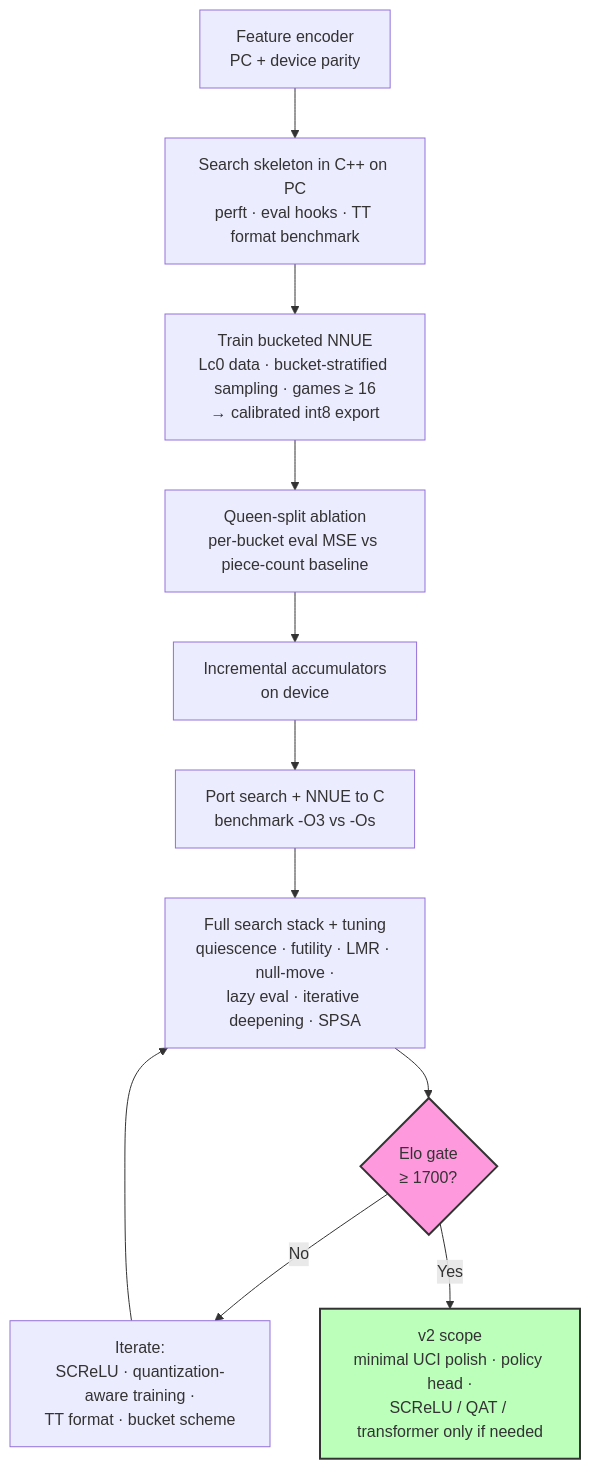
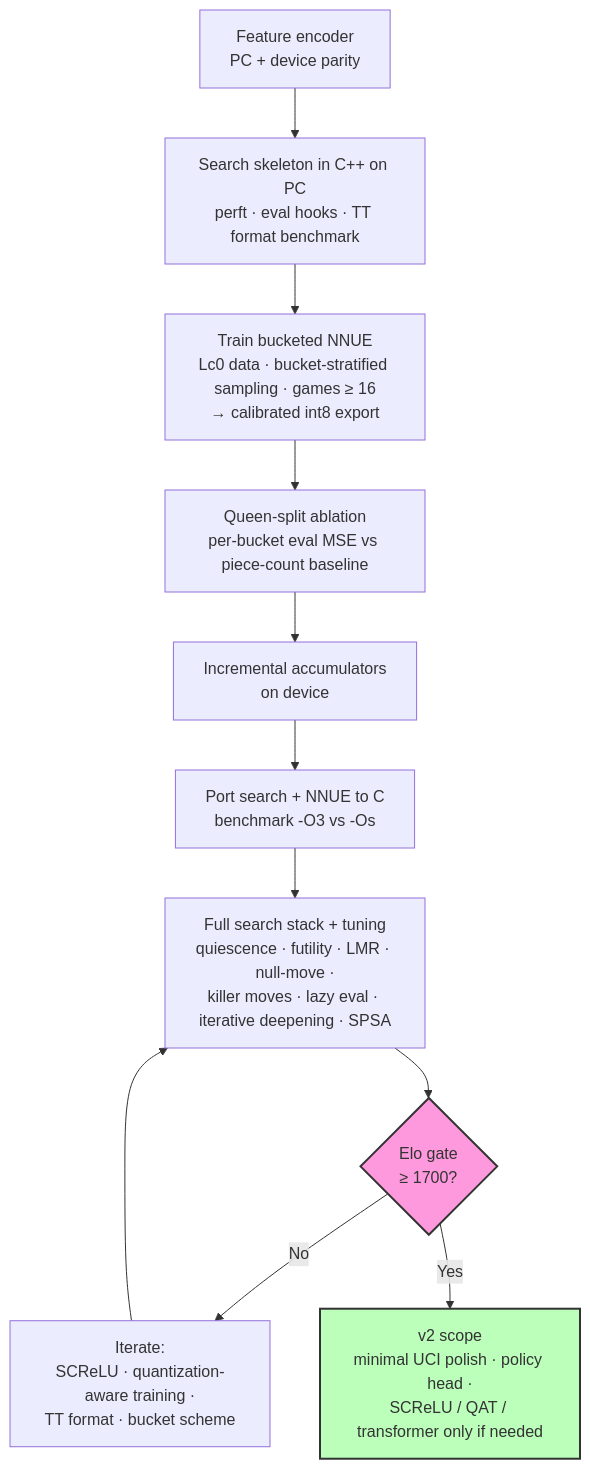
The first of 3 diagrams in NOTES/SARDINE Engine Blueprint.md (Omega97/TinyML_Internship), drawn with Mermaid before and after one commit. The commit also changed other lines of this file and 6 other files, not shown here.

````diff
--- a/NOTES/SARDINE Engine Blueprint.md
+++ b/NOTES/SARDINE Engine Blueprint.md
@@ -47,16 +31,15 @@
 ```mermaid
 flowchart TD
     A["Feature encoder<br/>PC + device parity"] --> B["Search skeleton in C++ on PC<br/>perft · eval hooks · TT format benchmark"]
     B --> C["Train bucketed NNUE<br/>Lc0 data · bucket-stratified sampling · games ≥ 16<br/>→ calibrated int8 export"]
     C --> D["Queen-split ablation<br/>per-bucket eval MSE vs piece-count baseline"]
     D --> E["Incremental accumulators<br/>on device"]
     E --> F["Port search + NNUE to C<br/>benchmark -O3 vs -Os"]
-    F --> G["Full search stack + tuning<br/>quiescence · futility · LMR · null-move ·<br/>lazy eval · iterative deepening · SPSA"]
+    F --> G["Full search stack + tuning<br/>quiescence · futility · LMR · null-move ·<br/>killer moves · lazy eval · iterative deepening · SPSA"]
     G --> H{"Elo gate<br/>≥ 1700?"}
     H -- "No" --> I["Iterate:<br/>SCReLU · quantization-aware training ·<br/>TT format · bucket scheme"]
     I --> G
     H -- "Yes" --> J["v2 scope<br/>minimal UCI polish · policy head ·<br/>SCReLU / QAT / transformer only if needed"]
-
     style H fill:#f9d,stroke:#333,stroke-width:2px
     style J fill:#bfb,stroke:#333,stroke-width:2px
 ```
````
